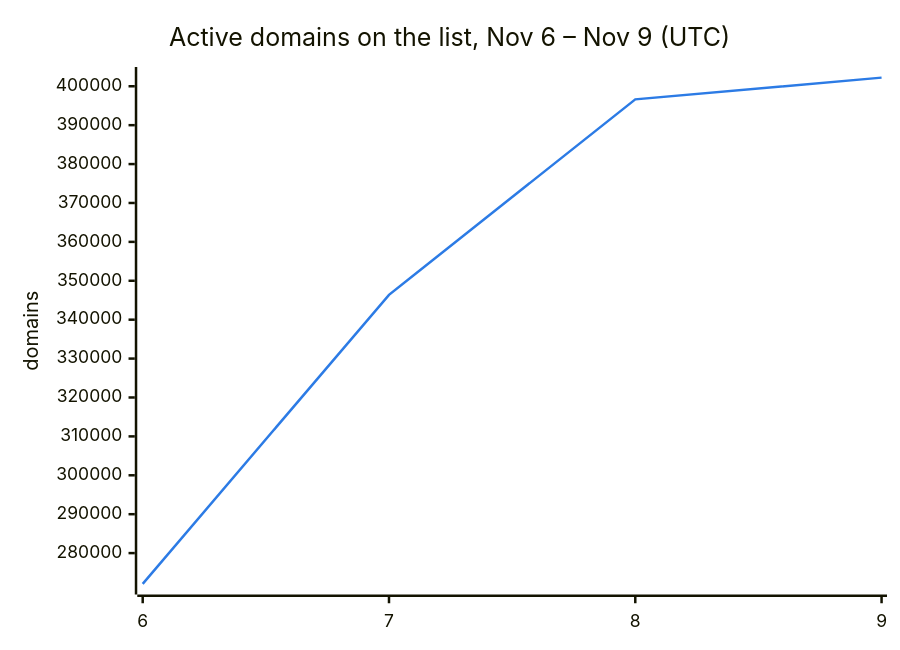
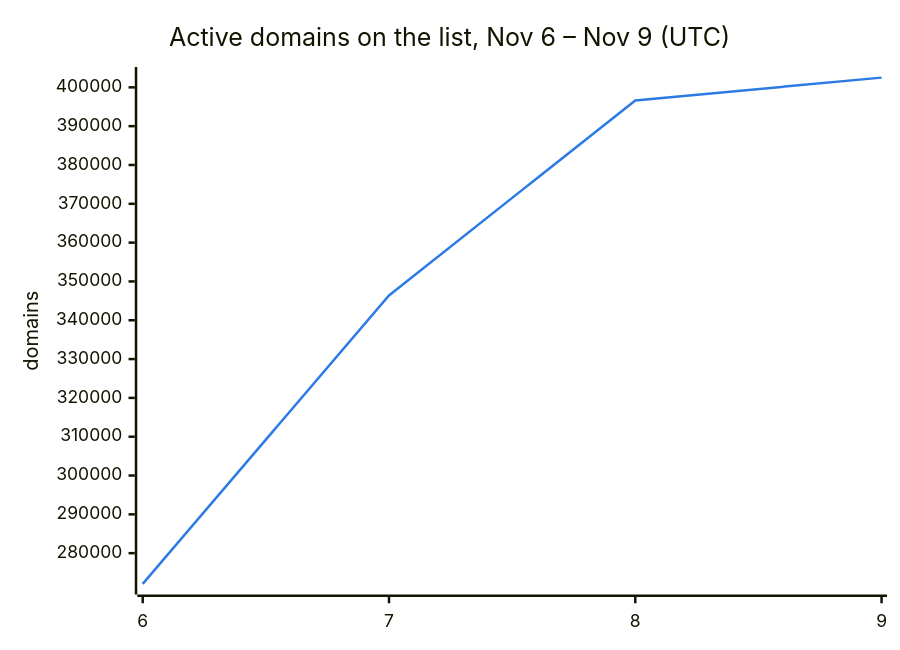
One commit to DNSBunker/CTI changed the second of 3 diagrams in README.md. Above: the diagram before and after it, drawn with Mermaid. The commit also changed other lines of this file and 3 other files, not shown here.

````diff
--- a/README.md
+++ b/README.md
@@ -38,8 +38,8 @@
 ```mermaid
 %%{init: {"themeVariables": {"xyChart": {"plotColorPalette": "#2c7be5"}}}}%%
 xychart-beta
     title "Active domains on the list, Nov 6 – Nov 9 (UTC)"
     x-axis ["6", "7", "8", "9"]
     y-axis "domains"
-    line [272088, 346388, 396638, 402221]
+    line [272088, 346388, 396638, 402504]
 ```
````
